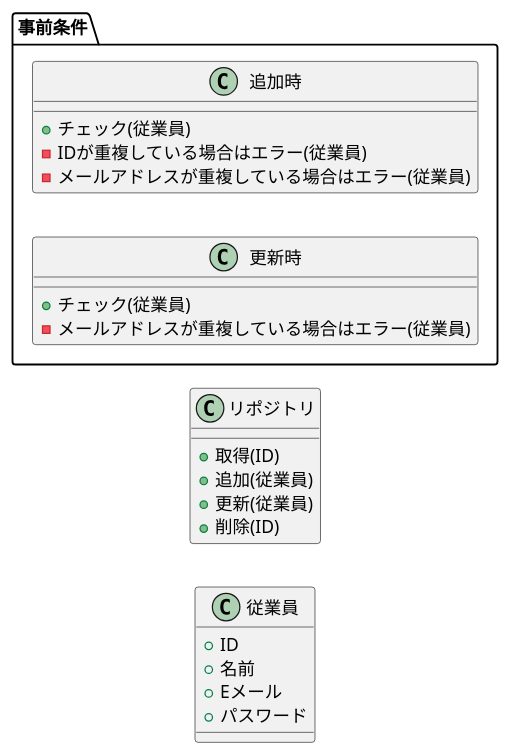
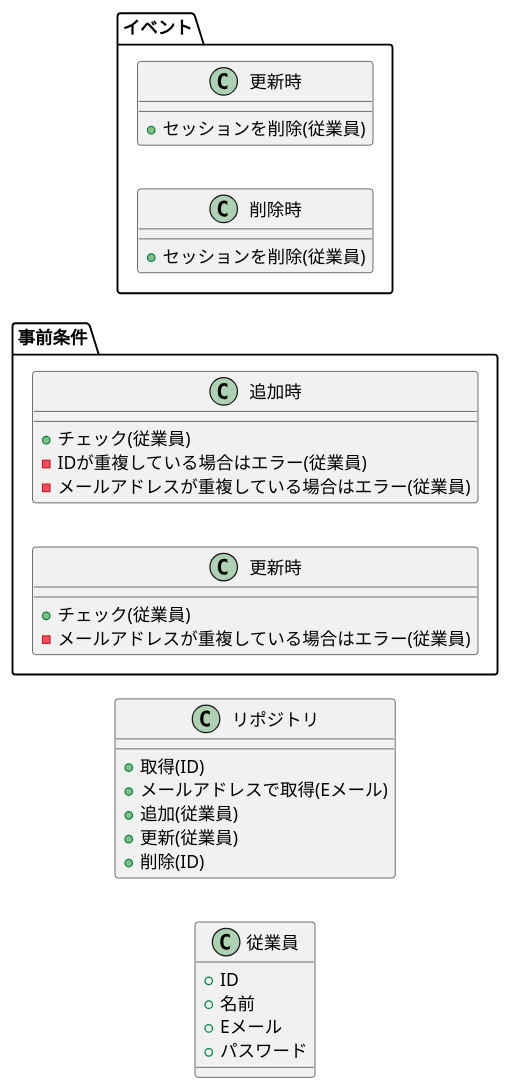
Before and after one commit to paterapatera/ryokan-reservation: the third of 7 diagrams in doc/domain_model.md, drawn with PlantUML. The commit also changed other lines of this file and 25 other files, not shown here.

````diff
--- a/doc/domain_model.md
+++ b/doc/domain_model.md
@@ -46,27 +46,37 @@
 ```plantuml
 left to right direction
 class "従業員" as Employee {
   + ID
   + 名前
   + Eメール
   + パスワード
 }
 class "リポジトリ" {
   + 取得(ID)
+  + メールアドレスで取得(Eメール)
   + 追加(従業員)
   + 更新(従業員)
   + 削除(ID)
 }
 
 namespace 事前条件 {
   class 追加時 {
     + チェック(従業員)
     - IDが重複している場合はエラー(従業員)
     - メールアドレスが重複している場合はエラー(従業員)
   }
   class 更新時 {
     + チェック(従業員)
     - メールアドレスが重複している場合はエラー(従業員)
   }
 }
+
+namespace イベント {
+  class 更新時 {
+    + セッションを削除(従業員)
+  }
+  class 削除時 {
+    + セッションを削除(従業員)
+  }
+}
 ```
````
